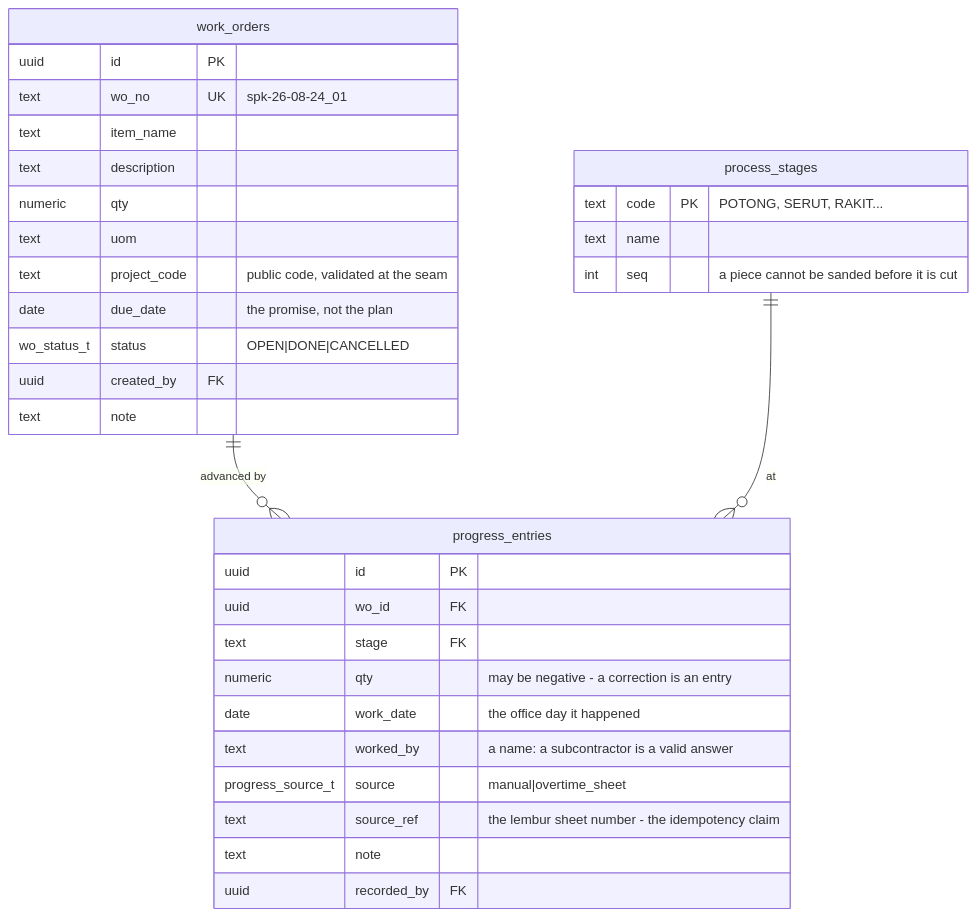
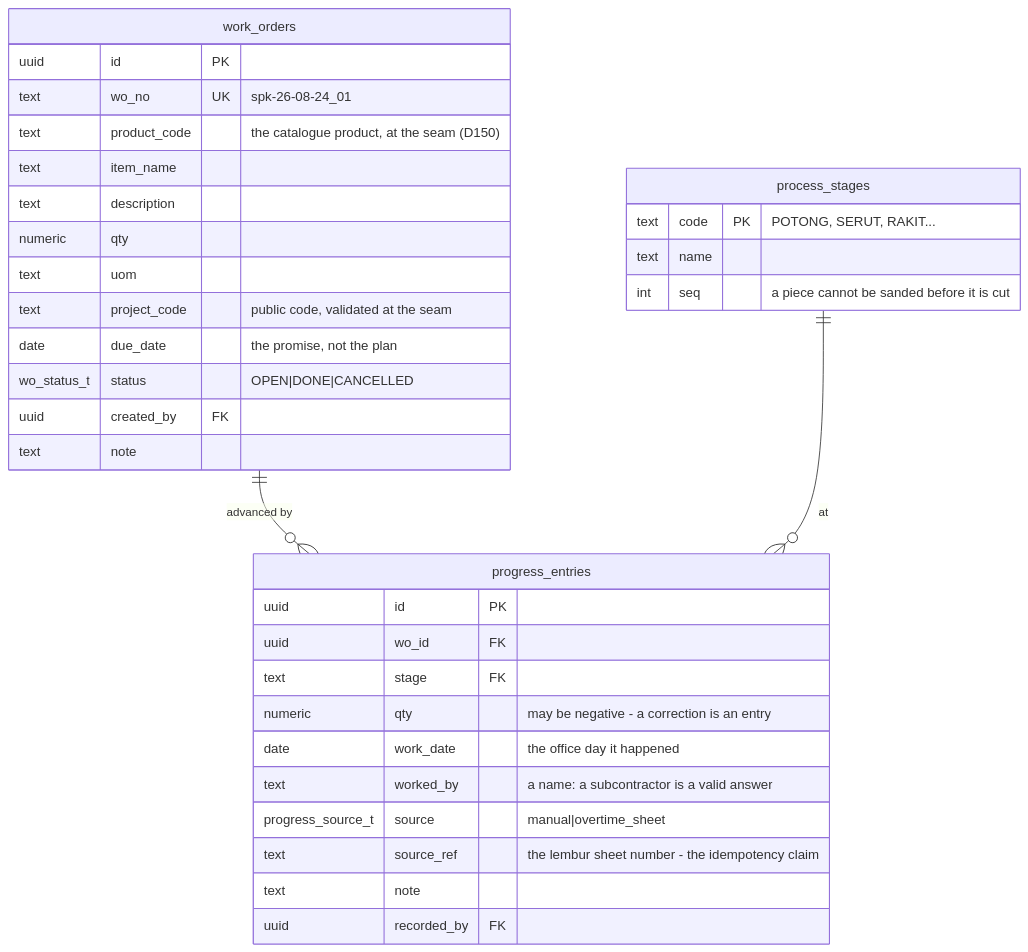
Before and after one commit to talait/ops-talaliving: the seventh of 8 diagrams in docs/plan/02-database.md, drawn with Mermaid. The commit also changed other lines of this file and 21 other files, not shown here.

````diff
--- a/docs/plan/02-database.md
+++ b/docs/plan/02-database.md
@@ -1324,36 +1336,37 @@
 ```mermaid
 erDiagram
     work_orders ||--o{ progress_entries : "advanced by"
     process_stages ||--o{ progress_entries : "at"
 
     process_stages {
         text code PK "POTONG, SERUT, RAKIT..."
         text name
         int seq "a piece cannot be sanded before it is cut"
     }
     work_orders {
         uuid id PK
         text wo_no UK "spk-26-08-24_01"
+        text product_code "the catalogue product, at the seam (D150)"
         text item_name
         text description
         numeric qty
         text uom
         text project_code "public code, validated at the seam"
         date due_date "the promise, not the plan"
         wo_status_t status "OPEN|DONE|CANCELLED"
         uuid created_by FK
         text note
     }
     progress_entries {
         uuid id PK
         uuid wo_id FK
         text stage FK
         numeric qty "may be negative - a correction is an entry"
         date work_date "the office day it happened"
         text worked_by "a name: a subcontractor is a valid answer"
         progress_source_t source "manual|overtime_sheet"
         text source_ref "the lembur sheet number - the idempotency claim"
         text note
         uuid recorded_by FK
     }
 ```
````
